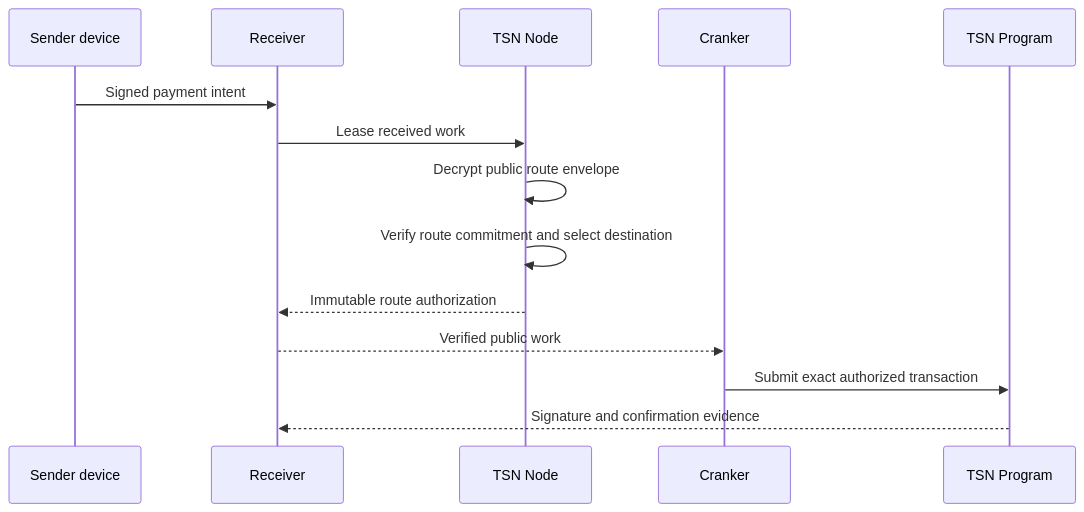
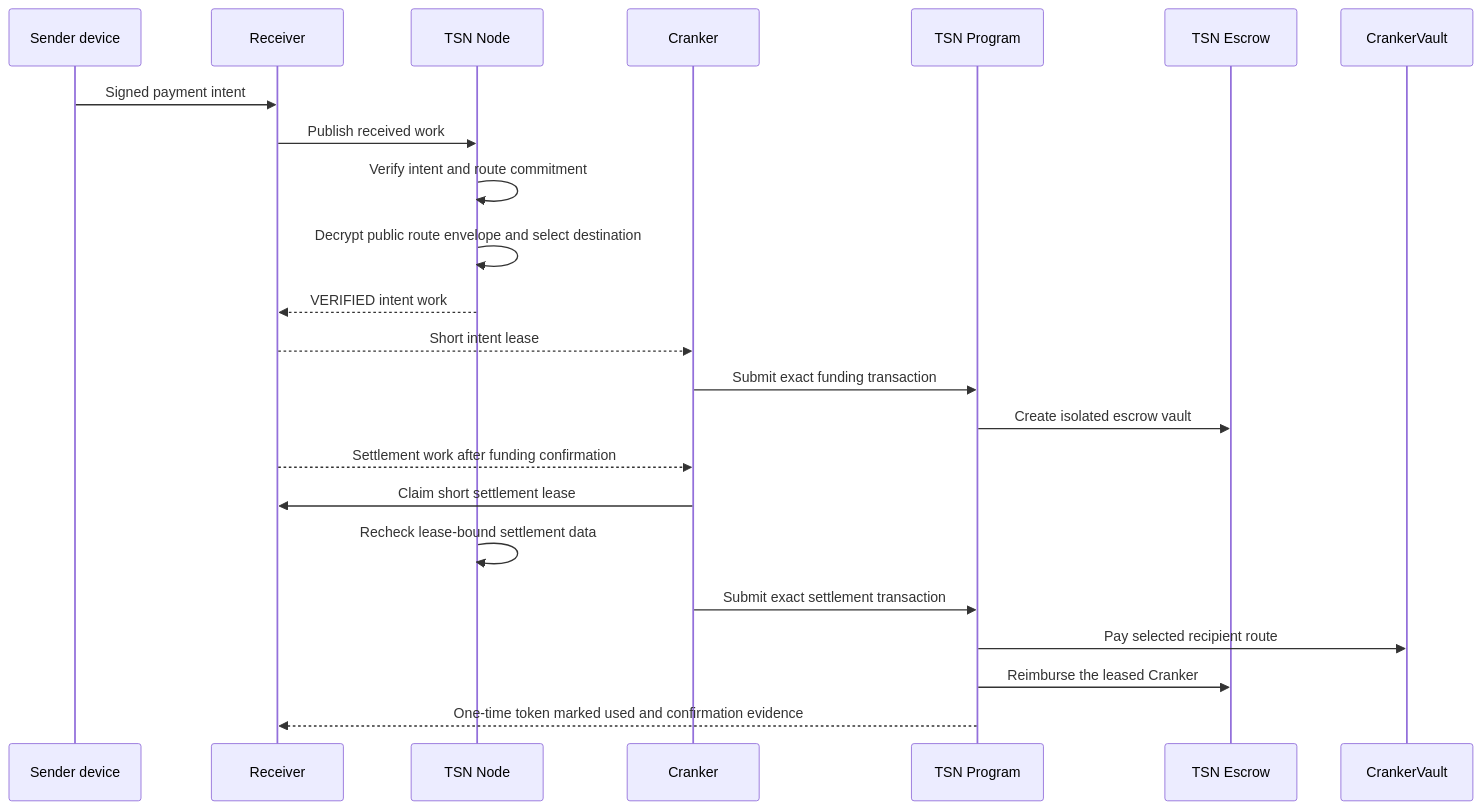
The third of 3 diagrams in docs/TSN-FINAL-ARCHITECTURE.md (bigdreamsweb3/trustlink-pay), drawn with Mermaid before and after one commit. The commit also changed other lines of this file and 11 other files, not shown here.

````diff
--- a/docs/TSN-FINAL-ARCHITECTURE.md
+++ b/docs/TSN-FINAL-ARCHITECTURE.md
@@ -111,17 +117,26 @@
 ```mermaid
 sequenceDiagram
   participant S as Sender device
   participant R as Receiver
   participant N as TSN Node
   participant C as Cranker
   participant P as TSN Program
+  participant E as TSN Escrow
+  participant V as CrankerVault
 
   S->>R: Signed payment intent
-  R->>N: Lease received work
-  N->>N: Decrypt public route envelope
-  N->>N: Verify route commitment and select destination
-  N-->>R: Immutable route authorization
-  R-->>C: Verified public work
-  C->>P: Submit exact authorized transaction
-  P-->>R: Signature and confirmation evidence
+  R->>N: Publish received work
+  N->>N: Verify intent and route commitment
+  N->>N: Decrypt public route envelope and select destination
+  N-->>R: VERIFIED intent work
+  R-->>C: Short intent lease
+  C->>P: Submit exact funding transaction
+  P->>E: Create isolated escrow vault
+  R-->>C: Settlement work after funding confirmation
+  C->>R: Claim short settlement lease
+  N->>N: Recheck lease-bound settlement data
+  C->>P: Submit exact settlement transaction
+  P->>V: Pay selected recipient route
+  P->>E: Reimburse the leased Cranker
+  P-->>R: One-time token marked used and confirmation evidence
 ```
````
